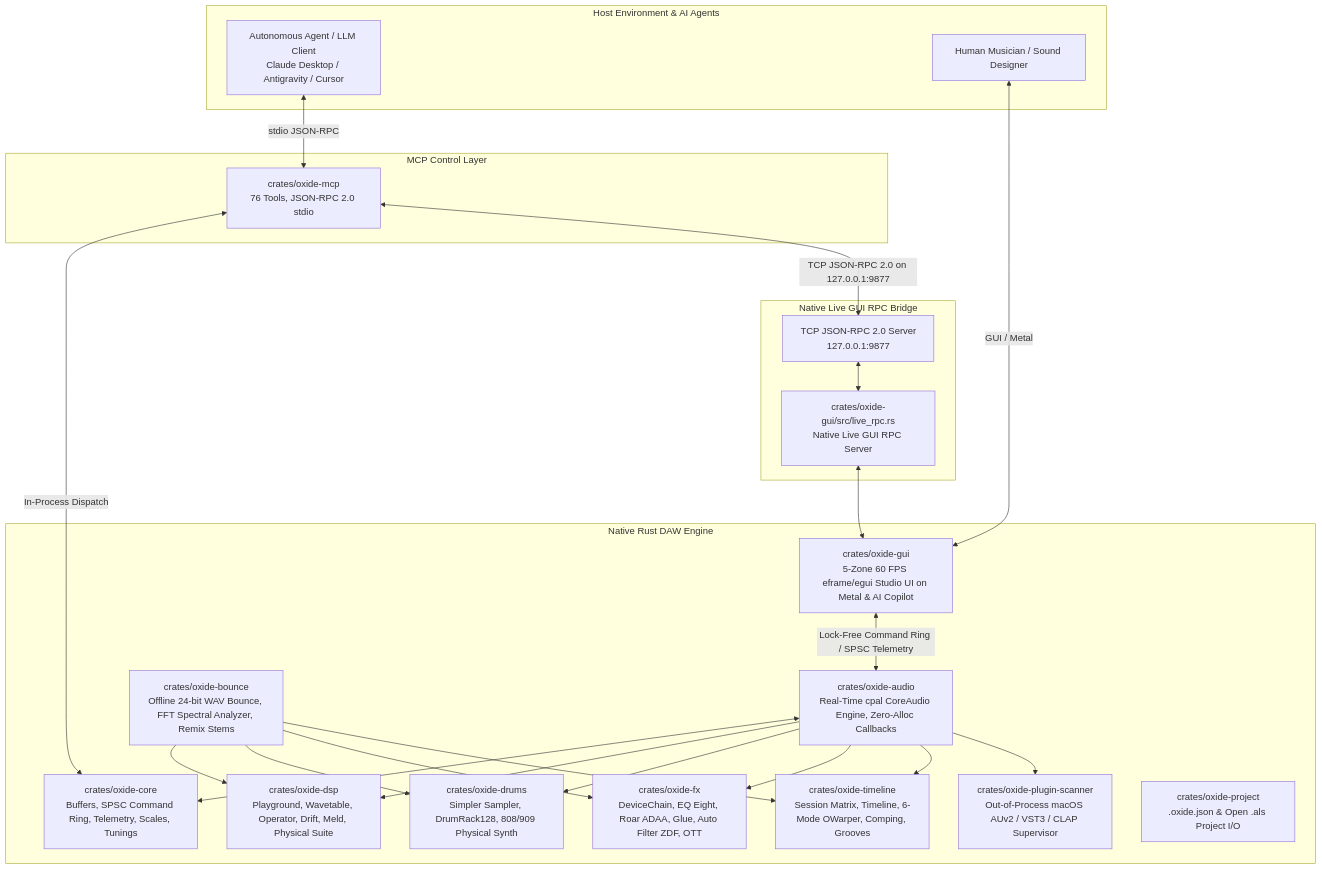
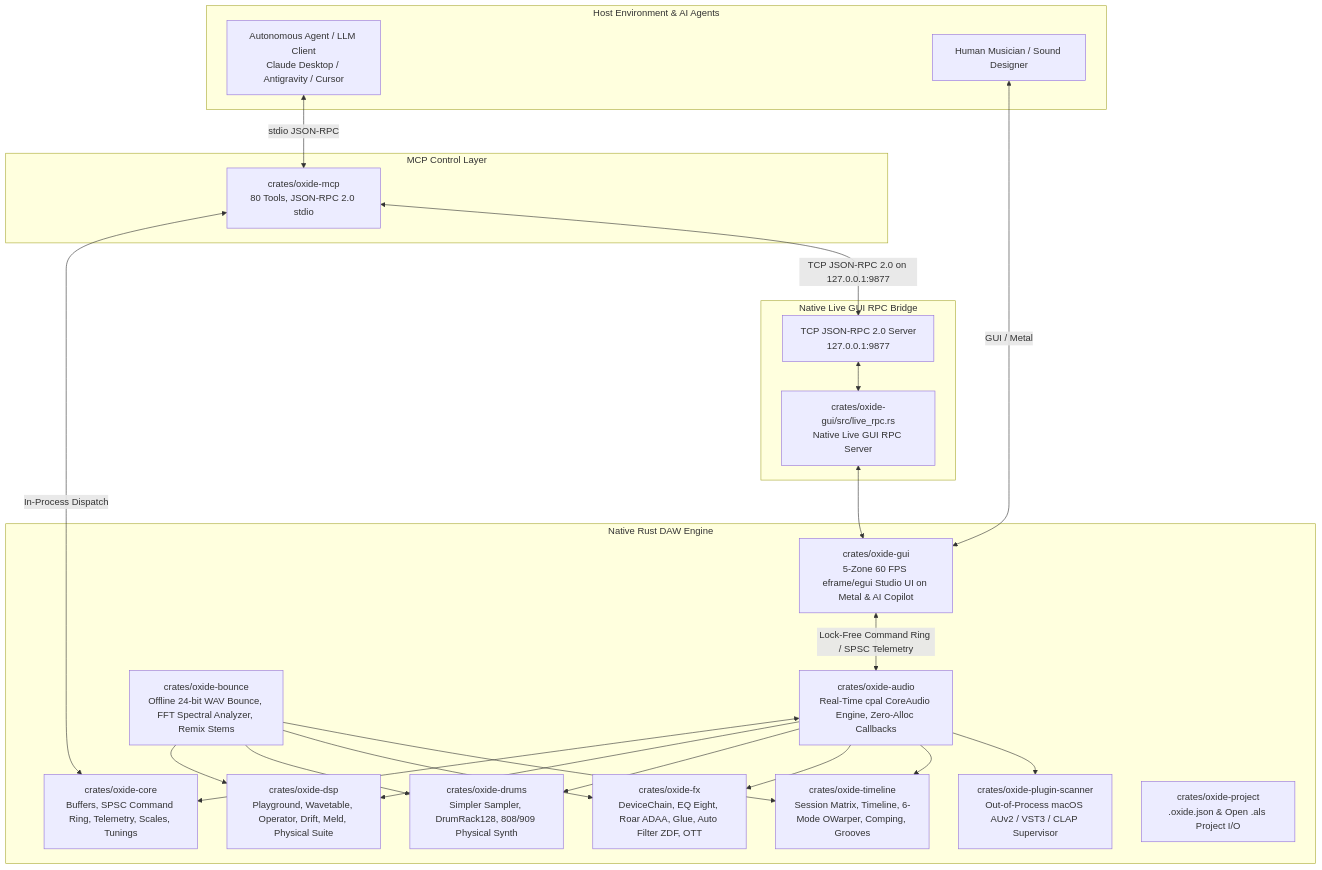
Before and after one commit to juancruzmunozalbelo/oxide-studio: the diagram in README.md, drawn with Mermaid. The commit also changed other lines of this file and 79 other files, not shown here.

Commit message:
fix(mcp,als,bounce,dsp,gui): wire full project/FX/ALS pipeline, fix DSP/scanner bugs, and enforce JSON-RPC compliance

````diff
--- a/README.md
+++ b/README.md
@@ -61,50 +61,50 @@
 ```mermaid
 flowchart TD
     subgraph Host["Host Environment & AI Agents"]
         Agent["Autonomous Agent / LLM Client<br/>Claude Desktop / Antigravity / Cursor"]
         User["Human Musician / Sound Designer"]
     end
 
     subgraph MCP["MCP Control Layer"]
-        StdioMCP["crates/oxide-mcp<br/>76 Tools, JSON-RPC 2.0 stdio"]
+        StdioMCP["crates/oxide-mcp<br/>80 Tools, JSON-RPC 2.0 stdio"]
     end
 
     subgraph NativeEngine["Native Rust DAW Engine"]
         Core["crates/oxide-core<br/>Buffers, SPSC Command Ring, Telemetry, Scales, Tunings"]
         DSP["crates/oxide-dsp<br/>Playground, Wavetable, Operator, Drift, Meld, Physical Suite"]
         Drums["crates/oxide-drums<br/>Simpler Sampler, DrumRack128, 808/909 Physical Synth"]
         FX["crates/oxide-fx<br/>DeviceChain, EQ Eight, Roar ADAA, Glue, Auto Filter ZDF, OTT"]
         Timeline["crates/oxide-timeline<br/>Session Matrix, Timeline, 6-Mode OWarper, Comping, Grooves"]
         Audio["crates/oxide-audio<br/>Real-Time cpal CoreAudio Engine, Zero-Alloc Callbacks"]
         Bounce["crates/oxide-bounce<br/>Offline 24-bit WAV Bounce, FFT Spectral Analyzer, Remix Stems"]
         Scanner["crates/oxide-plugin-scanner<br/>Out-of-Process macOS AUv2 / VST3 / CLAP Supervisor"]
         Project["crates/oxide-project<br/>.oxide.json & Open .als Project I/O"]
         GUI["crates/oxide-gui<br/>5-Zone 60 FPS eframe/egui Studio UI on Metal & AI Copilot"]
     end
 
     subgraph LiveRpcBridge["Native Live GUI RPC Bridge"]
         LOMSocket["TCP JSON-RPC 2.0 Server<br/>127.0.0.1:9877"]
         LiveGui["crates/oxide-gui/src/live_rpc.rs<br/>Native Live GUI RPC Server"]
     end
 
     Agent <-->|"stdio JSON-RPC"| StdioMCP
     User <-->|"GUI / Metal"| GUI
 
     StdioMCP <-->|"In-Process Dispatch"| Core
     StdioMCP <-->|"TCP JSON-RPC 2.0 on 127.0.0.1:9877"| LOMSocket
     LOMSocket <--> LiveGui
     LiveGui <--> GUI
 
     GUI <-->|"Lock-Free Command Ring / SPSC Telemetry"| Audio
     Audio <--> Core
     Audio --> DSP
     Audio --> Drums
     Audio --> FX
     Audio --> Timeline
     Audio --> Scanner
 
     Bounce --> DSP
     Bounce --> Drums
     Bounce --> FX
     Bounce --> Timeline
 ```
````
